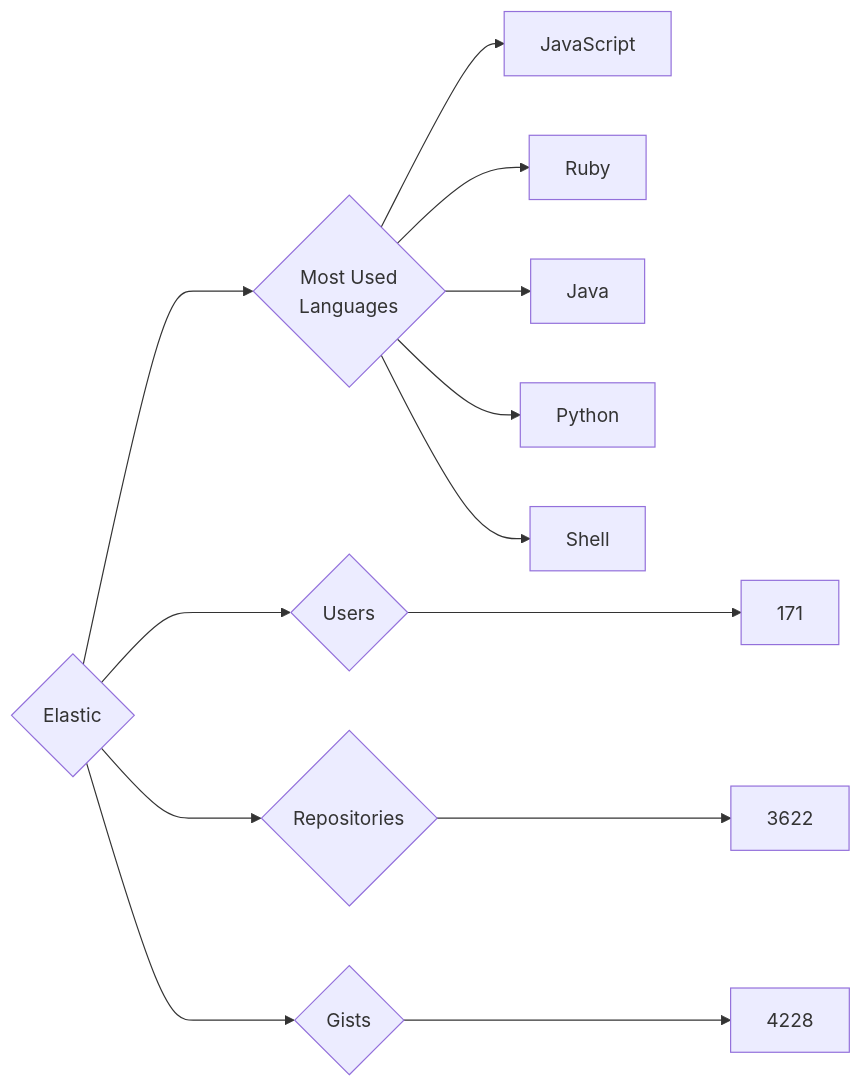
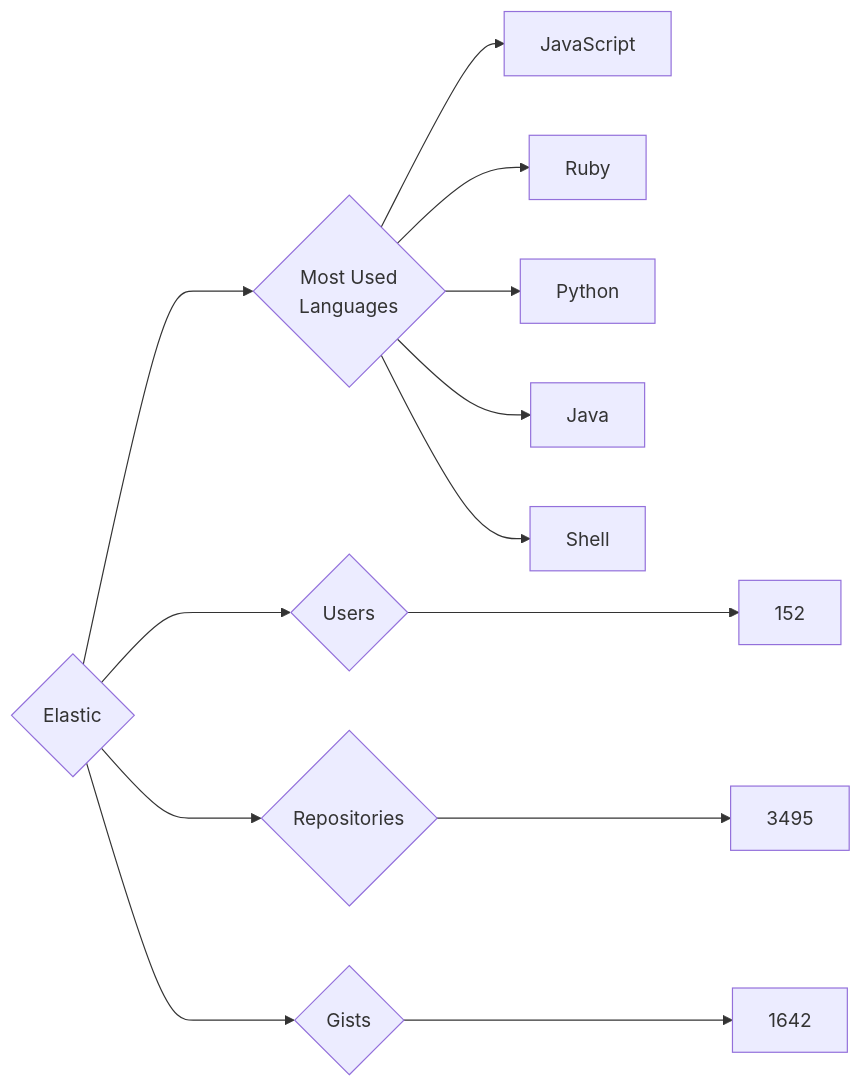
Before and after one commit to trickest/insiders: the diagram in targets/Elastic/README.md, drawn with Mermaid. The commit also changed 899 other files, not shown here.

````diff
--- a/targets/Elastic/README.md
+++ b/targets/Elastic/README.md
@@ -3,13 +3,13 @@
 ```mermaid
 graph LR
 COMPANY_NAME{Elastic}
-COMPANY_NAME ---> U{Users} ---> UN[171]
-COMPANY_NAME ---> R{Repositories} ---> RN[3622]
-COMPANY_NAME ---> G{Gists} ---> GN[4228]
+COMPANY_NAME ---> U{Users} ---> UN[152]
+COMPANY_NAME ---> R{Repositories} ---> RN[3495]
+COMPANY_NAME ---> G{Gists} ---> GN[1642]
 COMPANY_NAME ---> ML{Most Used<br>Languages}
 ML --> JavaScript[JavaScript]
 ML --> Ruby[Ruby]
+ML --> Python[Python]
 ML --> Java[Java]
-ML --> Python[Python]
 ML --> Shell[Shell]
 ```
````
